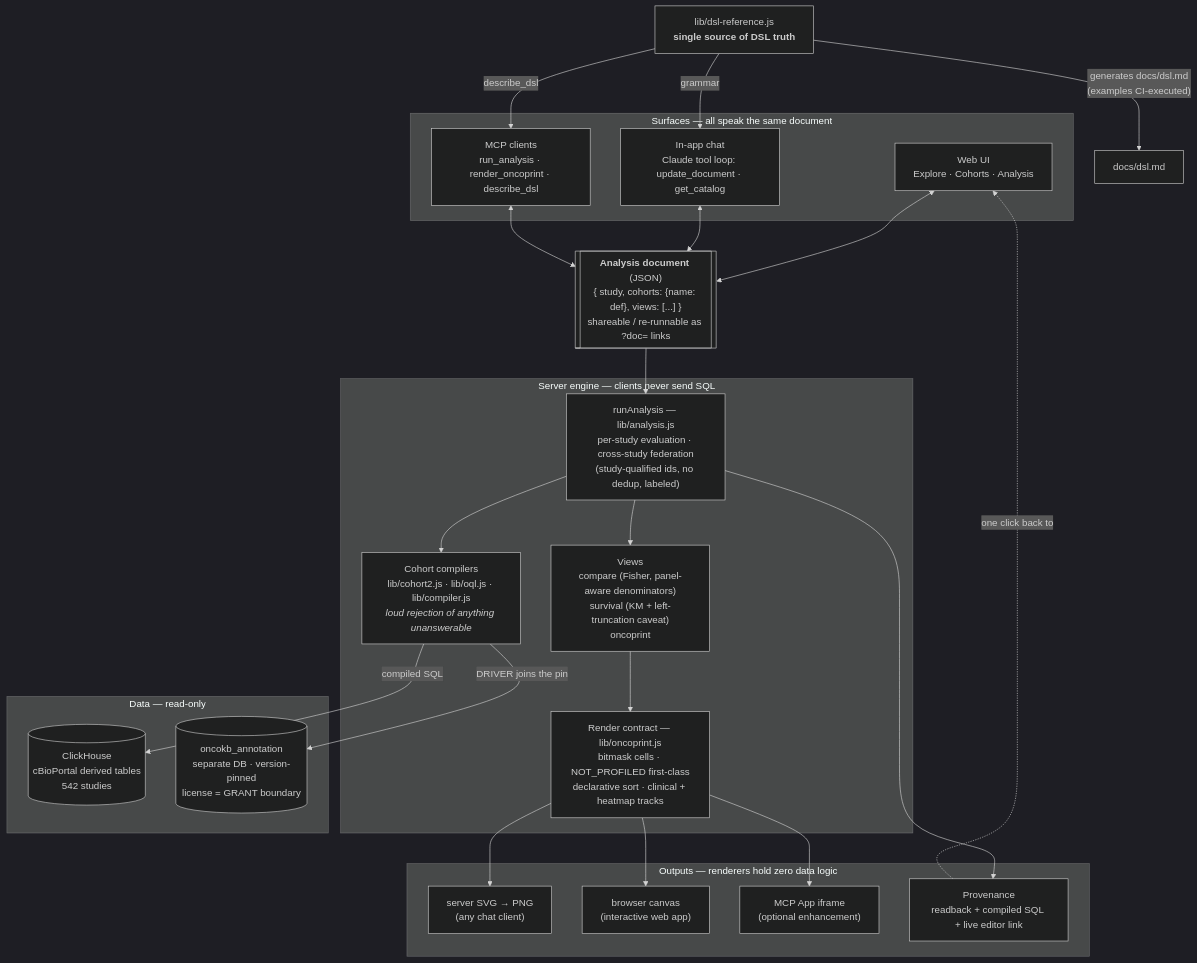
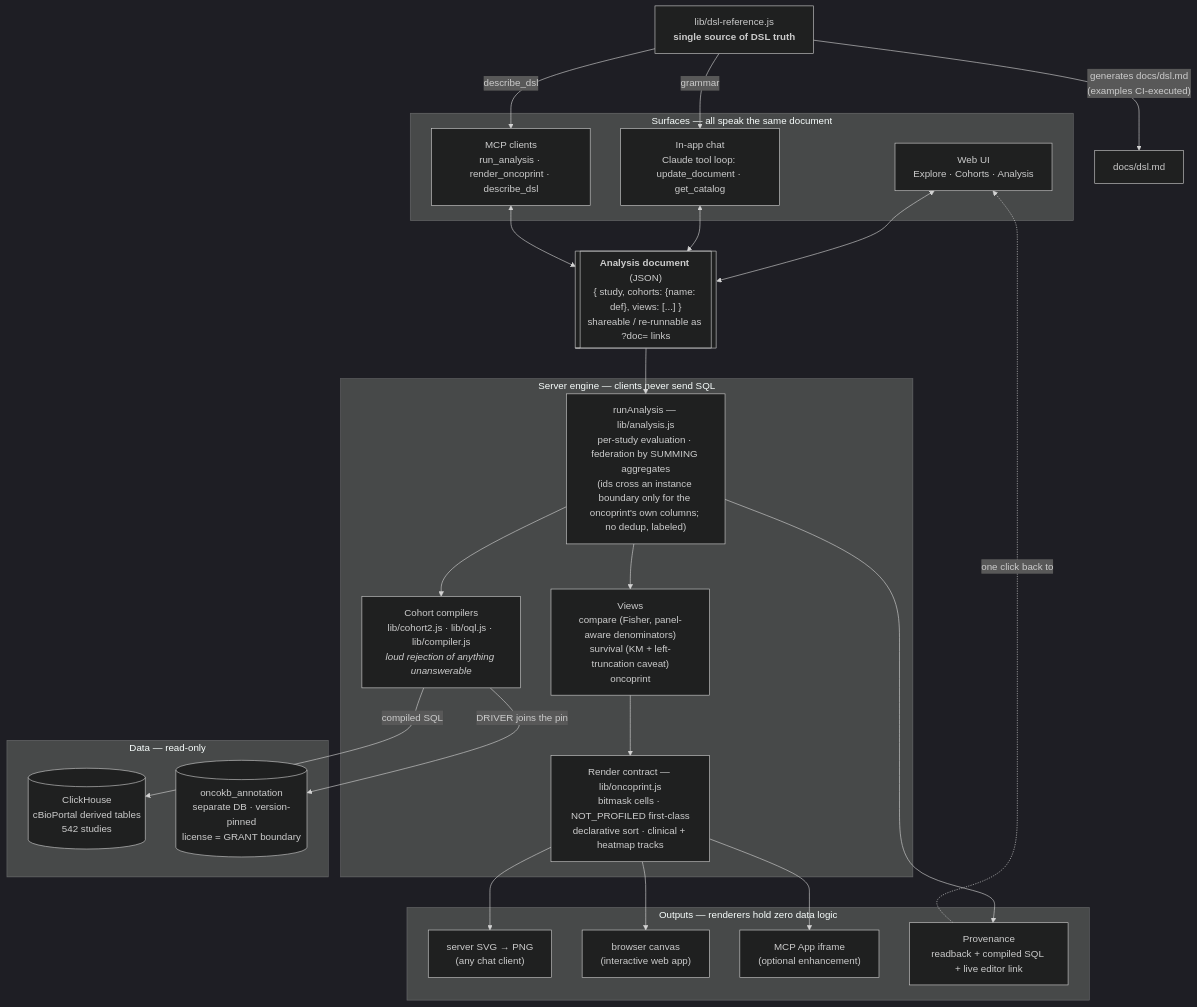
One commit to cBioPortal/cBioLab changed the diagram in RATIONALE.md. Above: the diagram before and after it, drawn with Mermaid (dark theme). The commit also changed other lines of this file and 10 other files, not shown here.

````diff
--- a/RATIONALE.md
+++ b/RATIONALE.md
@@ -76,50 +79,50 @@
 ```mermaid
 flowchart TB
     subgraph SURFACES["Surfaces — all speak the same document"]
         UI["Web UI<br/>Explore · Cohorts · Analysis"]
         CHAT["In-app chat<br/>Claude tool loop: update_document · get_catalog"]
         MCP["MCP clients<br/>run_analysis · render_oncoprint · describe_dsl"]
     end
 
     DOC[["<b>Analysis document</b> (JSON)<br/>{ study, cohorts: {name: def}, views: [...] }<br/>shareable / re-runnable as ?doc= links"]]
 
     UI <--> DOC
     CHAT <--> DOC
     MCP <--> DOC
 
     subgraph ENGINE["Server engine — clients never send SQL"]
-        RA["runAnalysis — lib/analysis.js<br/>per-study evaluation · cross-study federation<br/>(study-qualified ids, no dedup, labeled)"]
+        RA["runAnalysis — lib/analysis.js<br/>per-study evaluation · federation by SUMMING aggregates<br/>(ids cross an instance boundary only for the oncoprint's own columns; no dedup, labeled)"]
         COMP["Cohort compilers<br/>lib/cohort2.js · lib/oql.js · lib/compiler.js<br/><i>loud rejection of anything unanswerable</i>"]
         VIEWS["Views<br/>compare (Fisher, panel-aware denominators)<br/>survival (KM + left-truncation caveat)<br/>oncoprint"]
         CONTRACT["Render contract — lib/oncoprint.js<br/>bitmask cells · NOT_PROFILED first-class<br/>declarative sort · clinical + heatmap tracks"]
     end
 
     DOC --> RA
     RA --> COMP
     RA --> VIEWS
     VIEWS --> CONTRACT
 
     subgraph DATA["Data — read-only"]
         CH[("ClickHouse<br/>cBioPortal derived tables<br/>542 studies")]
         OKB[("oncokb_annotation<br/>separate DB · version-pinned<br/>license = GRANT boundary")]
     end
     COMP -- "compiled SQL" --> CH
     COMP -- "DRIVER joins the pin" --> OKB
 
     subgraph OUT["Outputs — renderers hold zero data logic"]
         SVG["server SVG → PNG<br/>(any chat client)"]
         CANVAS["browser canvas<br/>(interactive web app)"]
         APP["MCP App iframe<br/>(optional enhancement)"]
         PROV["Provenance<br/>readback + compiled SQL + live editor link"]
     end
     CONTRACT --> SVG
     CONTRACT --> CANVAS
     CONTRACT --> APP
     RA --> PROV
     PROV -. "one click back to" .-> UI
 
     REF["lib/dsl-reference.js<br/><b>single source of DSL truth</b>"]
     REF -- "generates docs/dsl.md<br/>(examples CI-executed)" --> DOCS["docs/dsl.md"]
     REF -- "grammar" --> CHAT
     REF -- "describe_dsl" --> MCP
 ```
````
